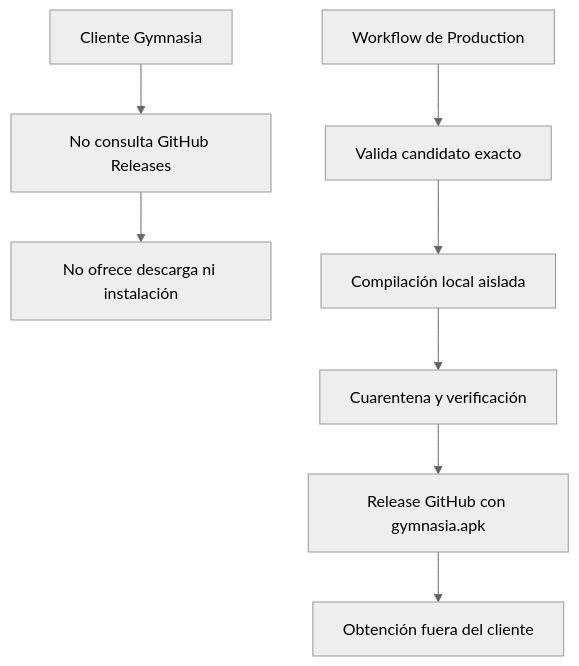
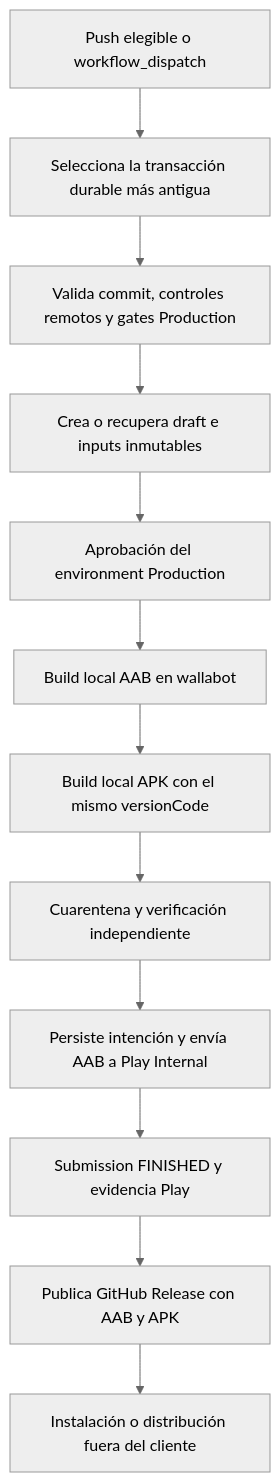
Before and after one commit to maximofn/gymnasia: the second of 2 diagrams in openwiki/integrations/vivagym-and-updates.md, drawn with Mermaid (neutral theme). The commit also changed other lines of this file and 24 other files, not shown here.

First line of the commit message:
docs(openwiki): document GYM-226 (ticket para automatizar la subida a Google Play) release flow

````diff
--- a/openwiki/integrations/vivagym-and-updates.md
+++ b/openwiki/integrations/vivagym-and-updates.md
@@ -87,10 +109,14 @@
 ```mermaid
 flowchart TD
-    Client["Cliente Gymnasia"] --> NoCheck["No consulta GitHub Releases"]
-    NoCheck --> NoInstall["No ofrece descarga ni instalación"]
-    Workflow["Workflow de Production"] --> Source["Valida candidato exacto"]
-    Source --> LocalBuild["Compilación local aislada"]
-    LocalBuild --> Artifact["Cuarentena y verificación"]
-    Artifact --> Release["Release GitHub con gymnasia.apk"]
-    Release --> External["Obtención fuera del cliente"]
+    Trigger["Push elegible o workflow_dispatch"] --> Select["Selecciona la transacción durable más antigua"]
+    Select --> Source["Valida commit, controles remotos y gates Production"]
+    Source --> Draft["Crea o recupera draft e inputs inmutables"]
+    Draft --> Approval["Aprobación del environment Production"]
+    Approval --> BuildAAB["Build local AAB en wallabot"]
+    BuildAAB --> BuildAPK["Build local APK con el mismo versionCode"]
+    BuildAPK --> Quarantine["Cuarentena y verificación independiente"]
+    Quarantine --> PlayIntent["Persiste intención y envía AAB a Play Internal"]
+    PlayIntent --> PlayDone["Submission FINISHED y evidencia Play"]
+    PlayDone --> Publish["Publica GitHub Release con AAB y APK"]
+    Publish --> External["Instalación o distribución fuera del cliente"]
 ```
````
